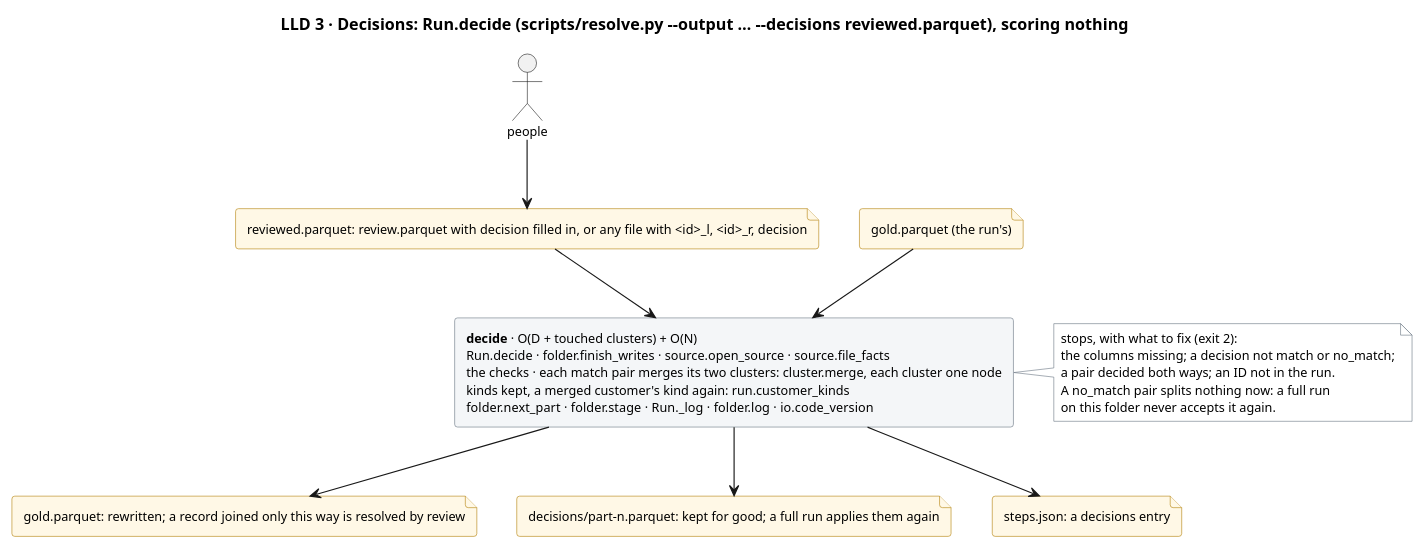
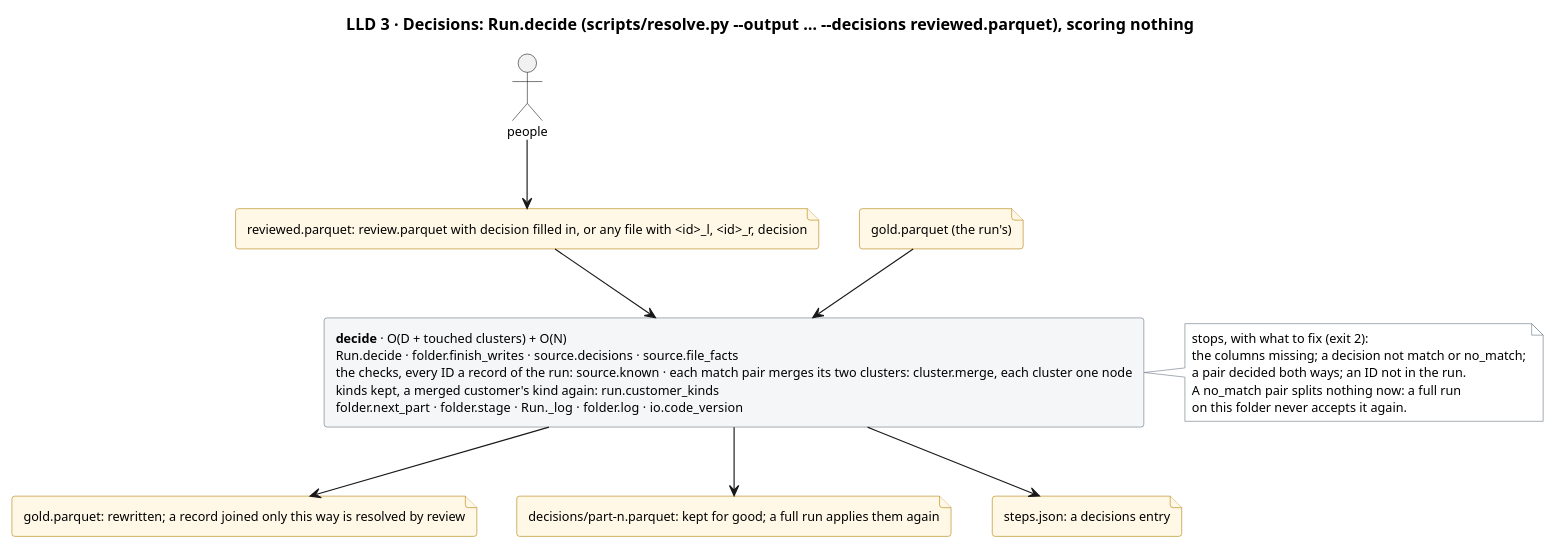
Before and after one commit to mvsbm/entity_matching: the diagram in docs/diagrams/decisions.puml, drawn with PlantUML. The commit also changed 10 other files, not shown here.

First line of the commit message:
One door for people's files: answers and decisions enter through er.source

```diff
--- a/docs/diagrams/decisions.puml
+++ b/docs/diagrams/decisions.puml
@@ -1,41 +1,41 @@
 @startuml decisions
 title LLD 3 · Decisions: Run.decide (scripts/resolve.py ~--output … ~--decisions reviewed.parquet), scoring nothing
 skinparam defaultFontSize 11
 skinparam rectangle {
   BackgroundColor #F4F6F8
   BorderColor #65717E
 }
 skinparam file {
   BackgroundColor #FFF8E6
   BorderColor #B07D00
 }
 skinparam note {
   BackgroundColor #FFFFFF
   BorderColor #65717E
 }
 
 actor "people" as people
 file "reviewed.parquet: review.parquet with decision filled in, or any file with <id>_l, <id>_r, decision" as f_decided
 file "gold.parquet (the run's)" as f_gold_in
 
-rectangle "<b>decide</b> · O(D + touched clusters) + O(N)\nRun.decide · folder.finish_writes · source.open_source · source.file_facts\nthe checks · each match pair merges its two clusters: cluster.merge, each cluster one node\nkinds kept, a merged customer's kind again: run.customer_kinds\nfolder.next_part · folder.stage · Run._log · folder.log · io.code_version" as decide
+rectangle "<b>decide</b> · O(D + touched clusters) + O(N)\nRun.decide · folder.finish_writes · source.decisions · source.file_facts\nthe checks, every ID a record of the run: source.known · each match pair merges its two clusters: cluster.merge, each cluster one node\nkinds kept, a merged customer's kind again: run.customer_kinds\nfolder.next_part · folder.stage · Run._log · folder.log · io.code_version" as decide
 
 note right of decide
   stops, with what to fix (exit 2):
   the columns missing; a decision not match or no_match;
   a pair decided both ways; an ID not in the run.
   A no_match pair splits nothing now: a full run
   on this folder never accepts it again.
 end note
 
 file "gold.parquet: rewritten; a record joined only this way is resolved by review" as f_gold_out
 file "decisions/part-n.parquet: kept for good; a full run applies them again" as f_kept
 file "steps.json: a decisions entry" as f_steps
 
 people --> f_decided
 f_decided --> decide
 f_gold_in --> decide
 decide --> f_gold_out
 decide --> f_kept
 decide --> f_steps
 @enduml
```
